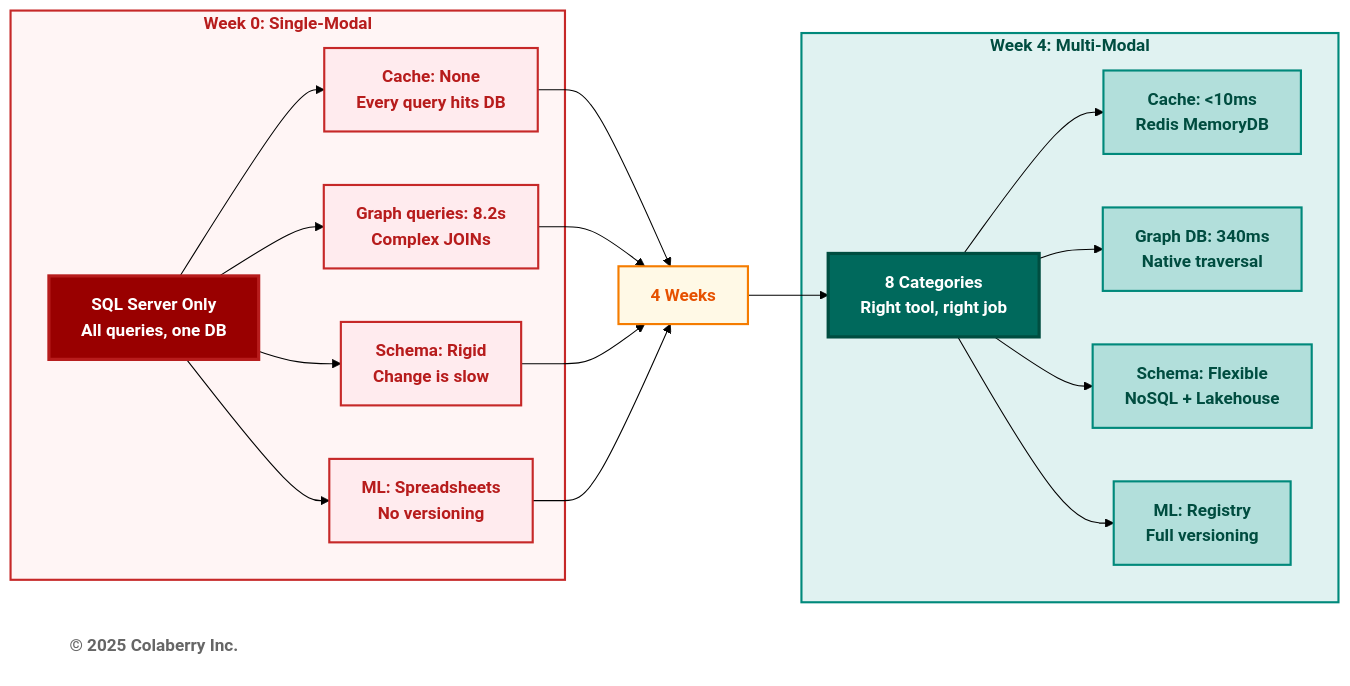
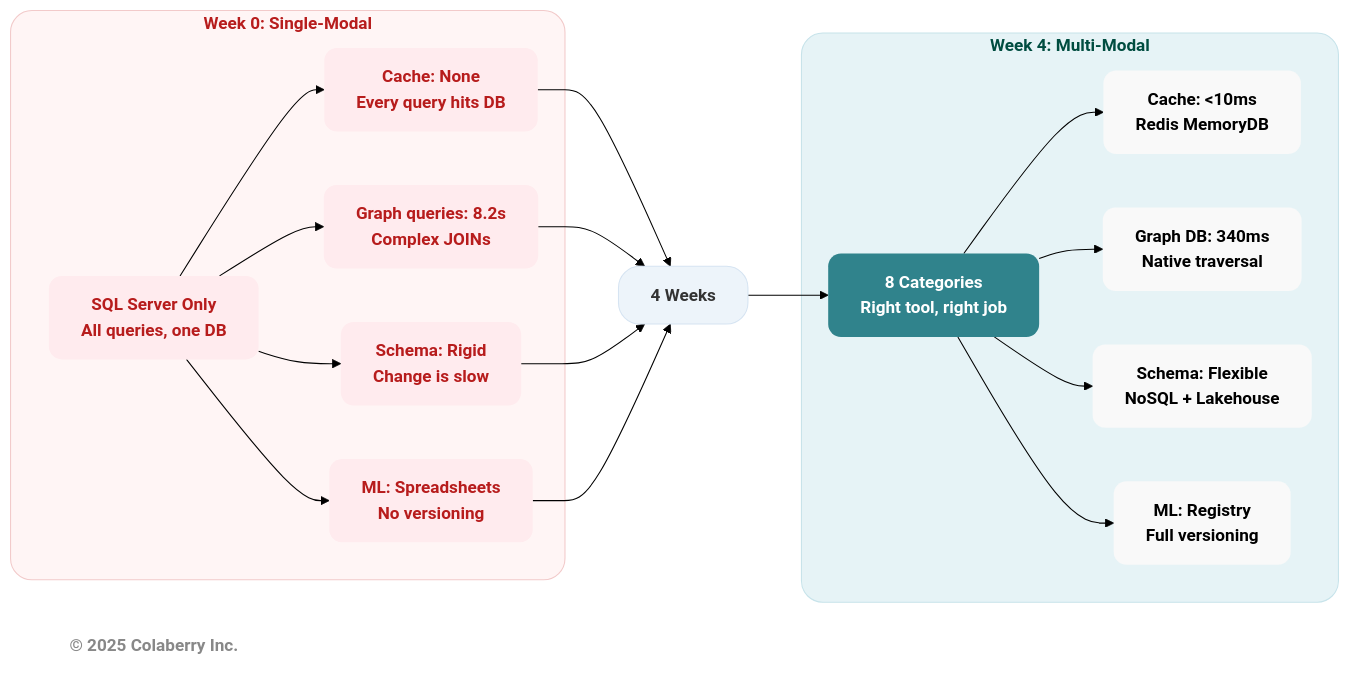
Before and after one commit to saitejesh-cyber/trust-before-intelligence-book: the sixth of 11 diagrams in manuscript/05_chapter_4_foundation_layers.md, drawn with Mermaid (forest theme). The commit also changed other lines of this file and 4 other files, not shown here.

Commit message:
Chapter 1to5: Updated mermaid diagrams based on new colaberry color code

````diff
--- a/manuscript/05_chapter_4_foundation_layers.md
+++ b/manuscript/05_chapter_4_foundation_layers.md
@@ -635,51 +641,51 @@
 ```mermaid
 graph LR
     subgraph BEFORE["<b>Week 0: Single-Modal</b>"]
         OLD["<b>SQL Server Only</b><br/><b>All queries, one DB</b>"]
         P1["<b>Cache: None</b><br/><b>Every query hits DB</b>"]
         P2["<b>Graph queries: 8.2s</b><br/><b>Complex JOINs</b>"]
         P3["<b>Schema: Rigid</b><br/><b>Change is slow</b>"]
         P4["<b>ML: Spreadsheets</b><br/><b>No versioning</b>"]
     end
     
     TRANSFORM["<b>4 Weeks</b>"]
     
     subgraph AFTER["<b>Week 4: Multi-Modal</b>"]
         NEW["<b>8 Categories</b><br/><b>Right tool, right job</b>"]
         S1["<b>Cache: &lt;10ms</b><br/><b>Redis MemoryDB</b>"]
         S2["<b>Graph DB: 340ms</b><br/><b>Native traversal</b>"]
         S3["<b>Schema: Flexible</b><br/><b>NoSQL + Lakehouse</b>"]
         S4["<b>ML: Registry</b><br/><b>Full versioning</b>"]
     end
     
     Copyright["<b>© 2025 Colaberry Inc.</b>"]
 
     OLD --> P1
     OLD --> P2
     OLD --> P3
     OLD --> P4
     P1 --> TRANSFORM
     P2 --> TRANSFORM
     P3 --> TRANSFORM
     P4 --> TRANSFORM
     TRANSFORM --> NEW
     NEW --> S1
     NEW --> S2
     NEW --> S3
     NEW --> S4
-
-    style BEFORE fill:#fff5f5,stroke:#c62828,stroke-width:2px,color:#b71c1c
-    style OLD fill:#990000,color:#ffffff,stroke:#b71c1c,stroke-width:3px
-    style P1 fill:#ffebee,stroke:#c62828,stroke-width:2px,color:#b71c1c
-    style P2 fill:#ffebee,stroke:#c62828,stroke-width:2px,color:#b71c1c
-    style P3 fill:#ffebee,stroke:#c62828,stroke-width:2px,color:#b71c1c
-    style P4 fill:#ffebee,stroke:#c62828,stroke-width:2px,color:#b71c1c
-    style TRANSFORM fill:#fff9e6,stroke:#f57c00,stroke-width:2px,color:#e65100
-    style AFTER fill:#e0f2f1,stroke:#00897b,stroke-width:2px,color:#004d40
-    style NEW fill:#00695c,color:#ffffff,stroke:#004d40,stroke-width:3px
-    style S1 fill:#b2dfdb,stroke:#00897b,stroke-width:2px,color:#004d40
-    style S2 fill:#b2dfdb,stroke:#00897b,stroke-width:2px,color:#004d40
-    style S3 fill:#b2dfdb,stroke:#00897b,stroke-width:2px,color:#004d40
-    style S4 fill:#b2dfdb,stroke:#00897b,stroke-width:2px,color:#004d40
-    style Copyright fill:#ffffff,stroke:none,color:#666666
+ 
+    style BEFORE fill:#fff5f5,stroke:#f2caca,stroke-width:1px,color:#b71c1c,rx:20,ry:20
+    style OLD fill:#ffebee,stroke:none,color:#b71c1c,rx:12,ry:12
+    style P1 fill:#ffebee,stroke:none,color:#b71c1c,rx:12,ry:12
+    style P2 fill:#ffebee,stroke:none,color:#b71c1c,rx:12,ry:12
+    style P3 fill:#ffebee,stroke:none,color:#b71c1c,rx:12,ry:12
+    style P4 fill:#ffebee,stroke:none,color:#b71c1c,rx:12,ry:12
+    style TRANSFORM fill:#edf4fa,stroke:#d6e4f2,stroke-width:1px,color:#333333,rx:20,ry:20
+    style AFTER fill:#e6f3f6,stroke:#c7e3ea,stroke-width:1px,color:#004d40,rx:20,ry:20
+    style NEW fill:#30838C,stroke:none,color:#ffffff,rx:12,ry:12
+    style S1 fill:#f9f9f9,stroke:none,color:#000000,rx:12,ry:12
+    style S2 fill:#f9f9f9,stroke:none,color:#000000,rx:12,ry:12
+    style S3 fill:#f9f9f9,stroke:none,color:#000000,rx:12,ry:12
+    style S4 fill:#f9f9f9,stroke:none,color:#000000,rx:12,ry:12
+    style Copyright fill:none,stroke:none,color:#888888
 ```
````
